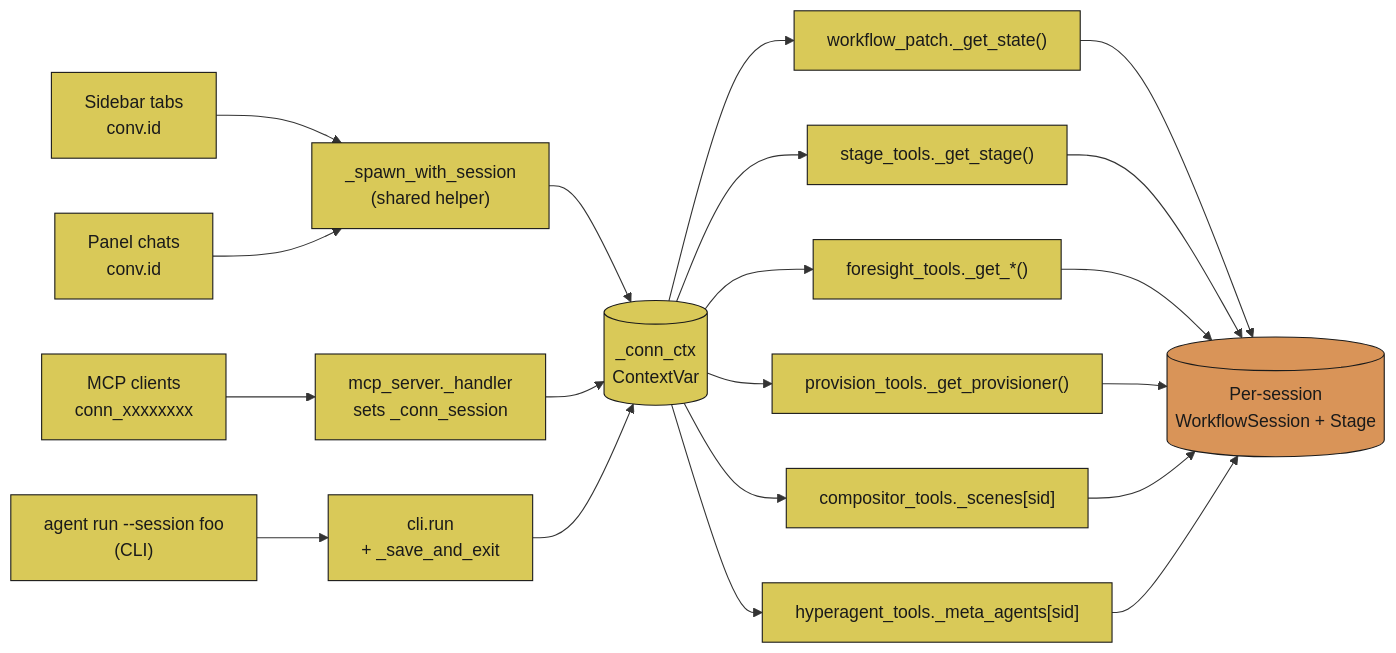
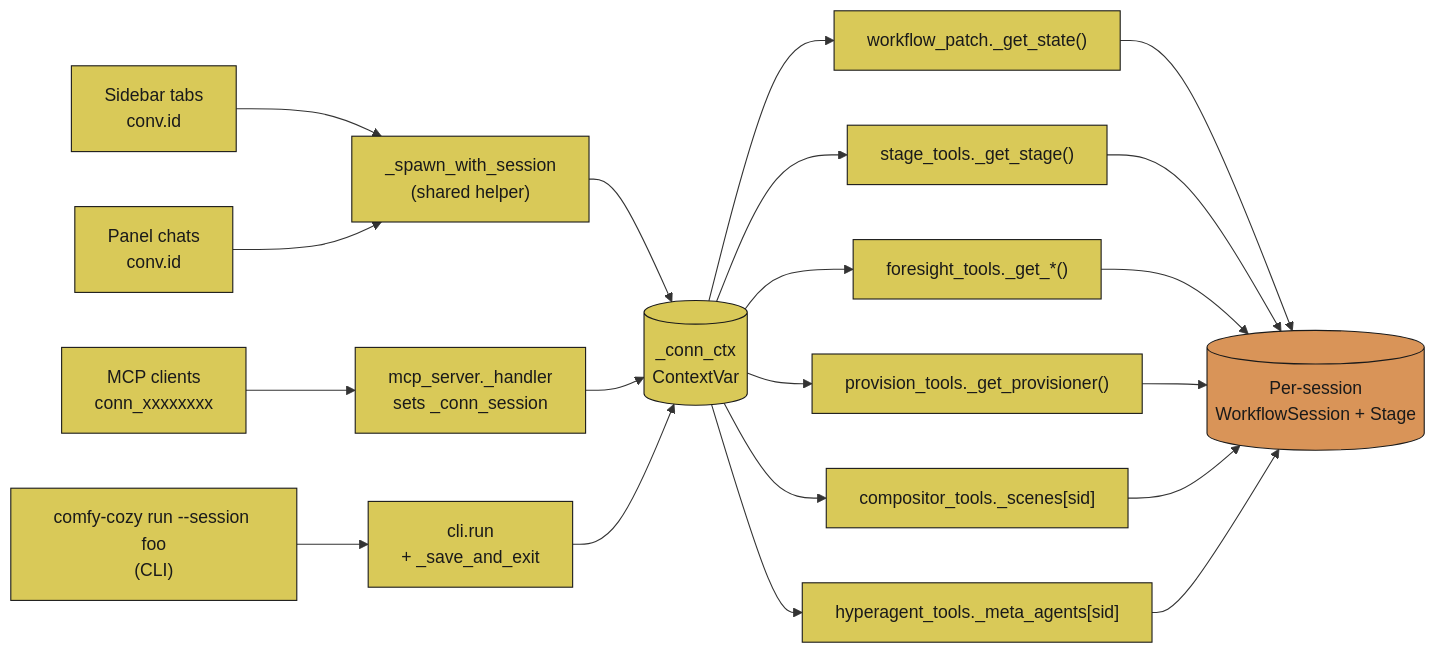
One commit to JosephOIbrahim/Comfy-Cozy changed diagram 26 of 35 in README.md. Above: the diagram before and after it, drawn with Mermaid. The commit also changed other lines of this file and 5 other files, not shown here.

````diff
--- a/README.md
+++ b/README.md
@@ -1160,27 +1239,27 @@
 ```mermaid
 flowchart LR
     SB["Sidebar tabs<br/>conv.id"] --> H1["_spawn_with_session<br/>(shared helper)"]
     PNL["Panel chats<br/>conv.id"] --> H1
     MCP["MCP clients<br/>conn_xxxxxxxx"] --> H2["mcp_server._handler<br/>sets _conn_session"]
-    CLI["agent run --session foo<br/>(CLI)"] --> H3["cli.run<br/>+ _save_and_exit"]
+    CLI["comfy-cozy run --session foo<br/>(CLI)"] --> H3["cli.run<br/>+ _save_and_exit"]
     H1 --> CV[("_conn_ctx<br/>ContextVar")]
     H2 --> CV
     H3 --> CV
     CV --> WP["workflow_patch._get_state()"]
     CV --> ST["stage_tools._get_stage()"]
     CV --> FT["foresight_tools._get_*()"]
     CV --> PV["provision_tools._get_provisioner()"]
     CV --> CT["compositor_tools._scenes[sid]"]
     CV --> HY["hyperagent_tools._meta_agents[sid]"]
     WP --> WS[("Per-session<br/>WorkflowSession + Stage")]
     ST --> WS
     FT --> WS
     PV --> WS
     CT --> WS
     HY --> WS
 
     classDef orange fill:#d99458,color:#1a1a1a,stroke:#1a1a1a
     classDef yellow fill:#d9c958,color:#1a1a1a,stroke:#1a1a1a
     class WS orange
     class CV,WP,ST,FT,PV,CT,HY,SB,H1,PNL,MCP,H2,CLI,H3,_get_state,_get_stage,_get_provisioner,_scenes,_meta_agents yellow
 ```
````
